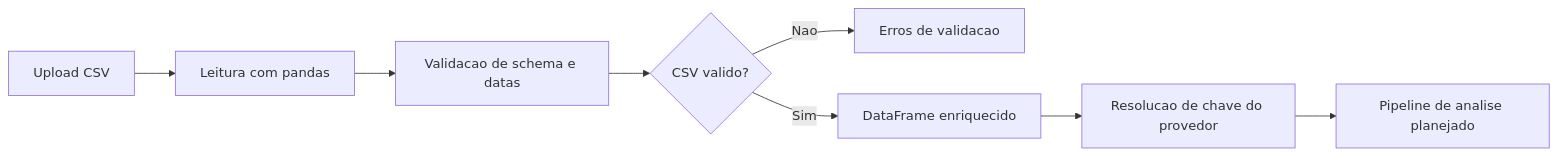
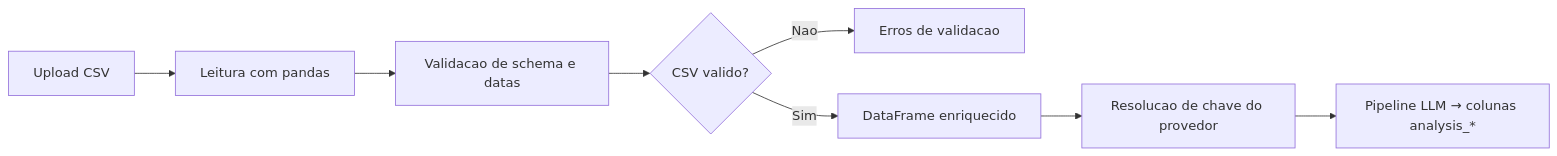
The first of 2 diagrams in README.md (Anotther/support-ticket-insight-lab), drawn with Mermaid before and after one commit. The commit also changed other lines of this file and 20 other files, not shown here.

Commit message:
feat: add LLM ticket analysis workflow

````diff
--- a/README.md
+++ b/README.md
@@ -20,10 +20,10 @@
 ```mermaid
 flowchart LR
     A["Upload CSV"] --> B["Leitura com pandas"]
     B --> C["Validacao de schema e datas"]
     C --> D{"CSV valido?"}
     D -- "Nao" --> E["Erros de validacao"]
     D -- "Sim" --> F["DataFrame enriquecido"]
     F --> G["Resolucao de chave do provedor"]
-    G --> H["Pipeline de analise planejado"]
+    G --> H["Pipeline LLM → colunas analysis_*"]
 ```
````
